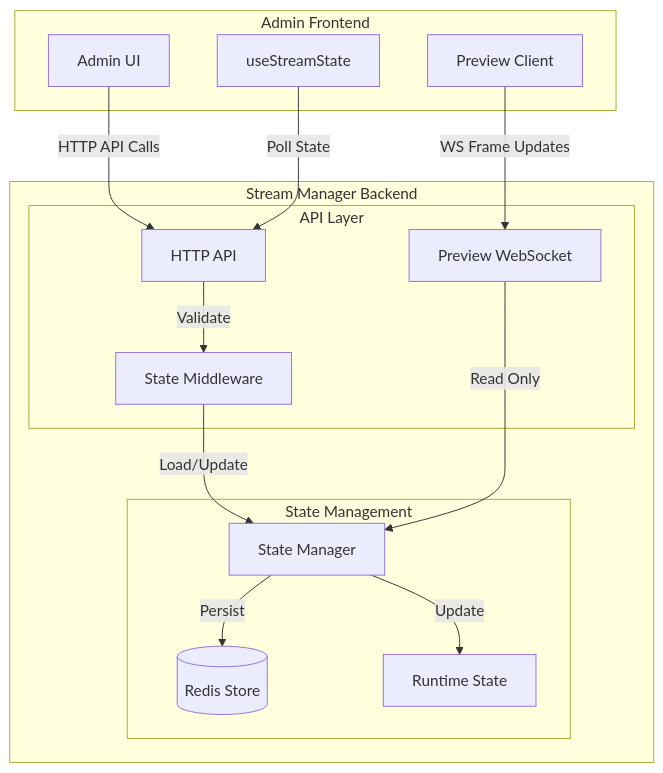
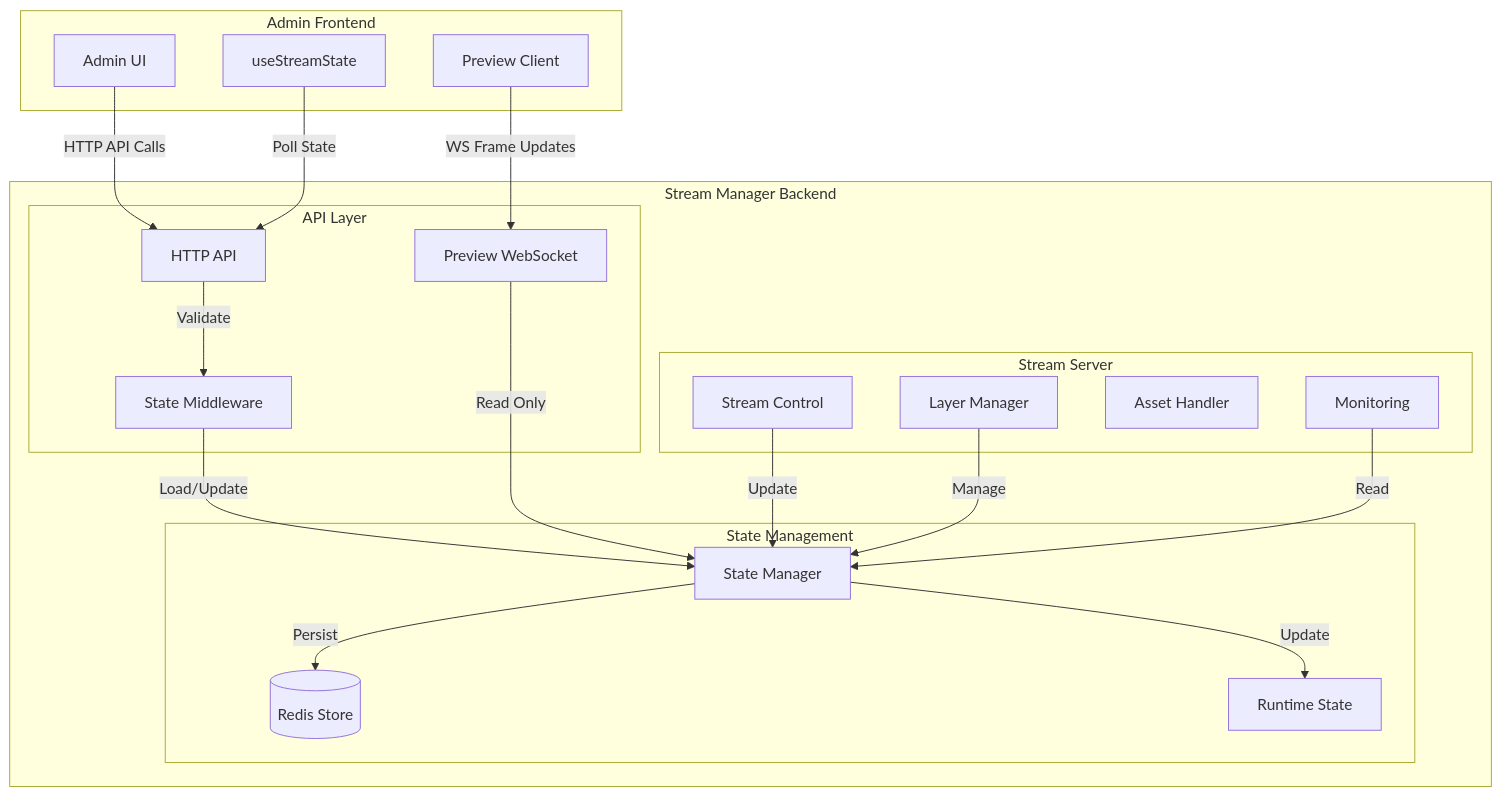
Before and after one commit to bigshellpliskin/sothebais: the diagram in apps/stream-manager/src/state/README.md, drawn with Mermaid. The commit also changed other lines of this file and 8 other files, not shown here.

First line of the commit message:
Enhance Stream Manager WebSocket and Traefik Configuration

````diff
--- a/apps/stream-manager/src/state/README.md
+++ b/apps/stream-manager/src/state/README.md
@@ -5,32 +5,43 @@
 ```mermaid
 graph TD
     subgraph Frontend ["Admin Frontend"]
         UI[Admin UI]
         Preview[Preview Client]
         StateHook[useStreamState]
     end
 
     subgraph Backend ["Stream Manager Backend"]
         subgraph State ["State Management"]
             Redis[(Redis Store)]
             RuntimeState[Runtime State]
             StateManager[State Manager]
         end
         
         subgraph API ["API Layer"]
             HTTP[HTTP API]
             PreviewWS[Preview WebSocket]
             StateMiddleware[State Middleware]
         end
+
+        subgraph Server ["Stream Server"]
+            StreamControl[Stream Control]
+            LayerManager[Layer Manager]
+            AssetHandler[Asset Handler]
+            Monitoring[Monitoring]
+        end
     end
 
     UI -->|HTTP API Calls| HTTP
     Preview -->|WS Frame Updates| PreviewWS
     StateHook -->|Poll State| HTTP
     
     HTTP -->|Validate| StateMiddleware
     StateMiddleware -->|Load/Update| StateManager
     PreviewWS -->|Read Only| StateManager
     StateManager -->|Persist| Redis
     StateManager -->|Update| RuntimeState
+
+    StreamControl -->|Update| StateManager
+    LayerManager -->|Manage| StateManager
+    Monitoring -->|Read| StateManager
 ```
````
